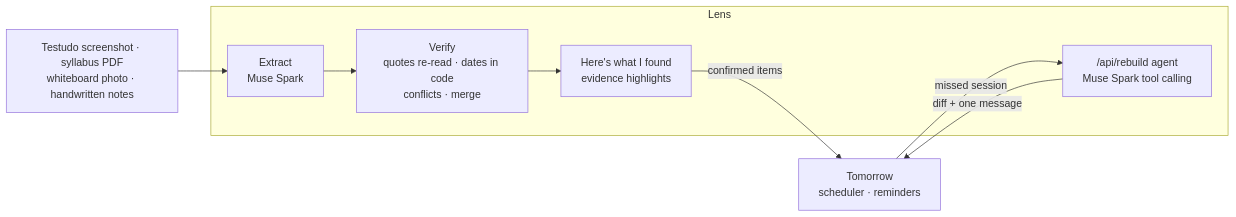
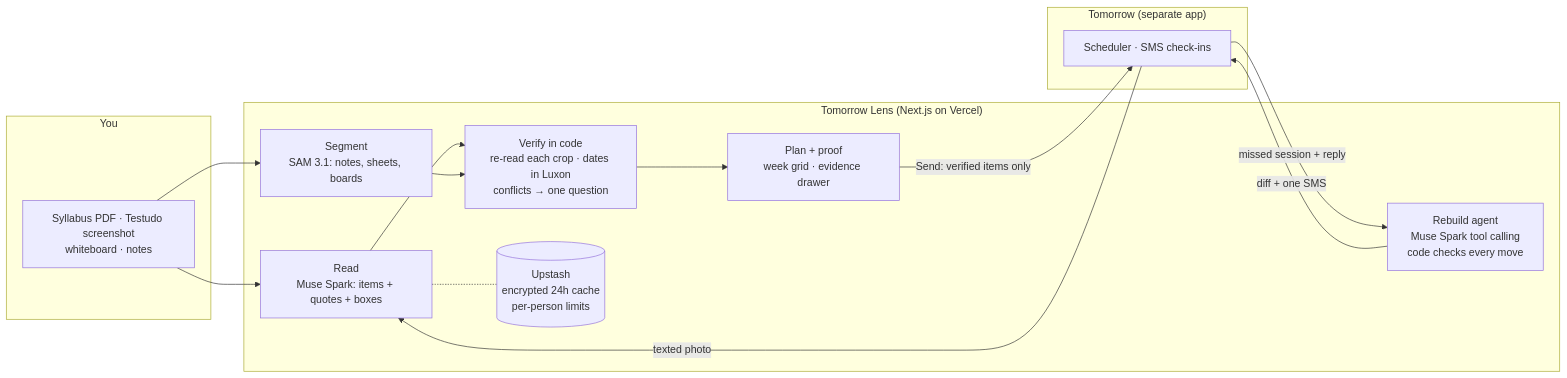
Before and after one commit to Darsh1222/tmrw-lens: the diagram in README.md, drawn with Mermaid. The commit also changed other lines of this file and 31 other files, not shown here.

First line of the commit message:
Hidden grid edges, dorm-wall demo photo, judge-facing README

````diff
--- a/README.md
+++ b/README.md
@@ -12,12 +68,24 @@
 ```mermaid
 flowchart LR
-  inputs["Testudo screenshot · syllabus PDF<br/>whiteboard photo · handwritten notes"] --> extract
-  subgraph Lens
-    extract["Extract<br/>Muse Spark"] --> verify["Verify<br/>quotes re-read · dates in code<br/>conflicts · merge"]
-    verify --> card["Here's what I found<br/>evidence highlights"]
-    rebuild["/api/rebuild agent<br/>Muse Spark tool calling"]
+  subgraph you["You"]
+    up["Syllabus PDF · Testudo screenshot<br/>whiteboard · notes"]
   end
-  card -- "confirmed items" --> tomorrow["Tomorrow<br/>scheduler · reminders"]
-  tomorrow -- "missed session" --> rebuild
-  rebuild -- "diff + one message" --> tomorrow
+  subgraph lens["Tomorrow Lens (Next.js on Vercel)"]
+    read["Read<br/>Muse Spark: items + quotes + boxes"]
+    sam["Segment<br/>SAM 3.1: notes, sheets, boards"]
+    check["Verify in code<br/>re-read each crop · dates in Luxon<br/>conflicts → one question"]
+    plan["Plan + proof<br/>week grid · evidence drawer"]
+    agent["Rebuild agent<br/>Muse Spark tool calling<br/>code checks every move"]
+    cache[("Upstash<br/>encrypted 24h cache<br/>per-person limits")]
+  end
+  subgraph tmrw["Tomorrow (separate app)"]
+    sched["Scheduler · SMS check-ins"]
+  end
+  up --> read --> check --> plan
+  up --> sam --> check
+  read -.- cache
+  plan -- "Send: verified items only" --> sched
+  sched -- "missed session + reply" --> agent
+  agent -- "diff + one SMS" --> sched
+  sched -- "texted photo" --> read
 ```
````
